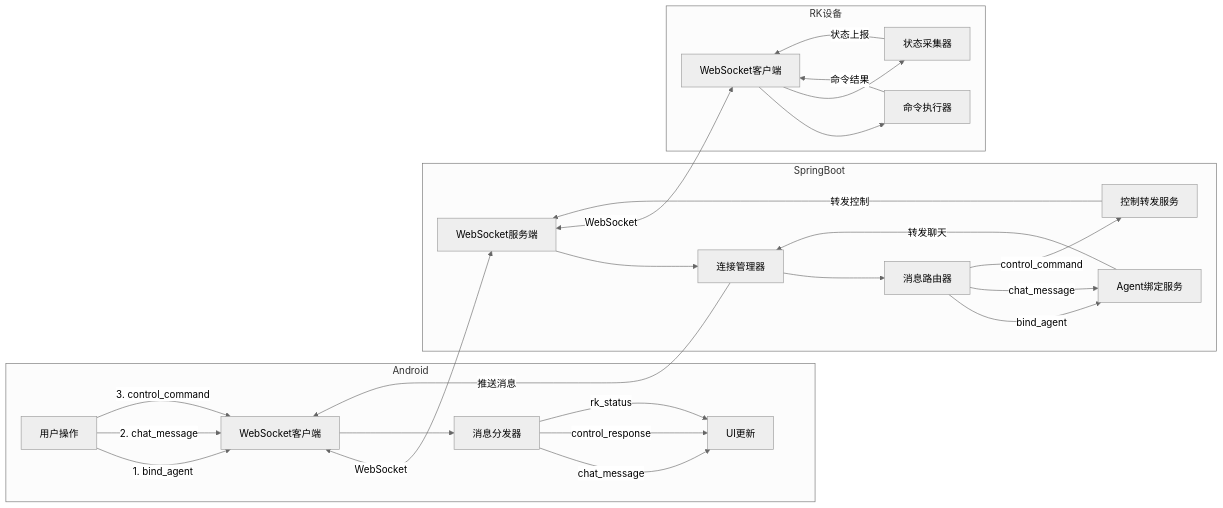
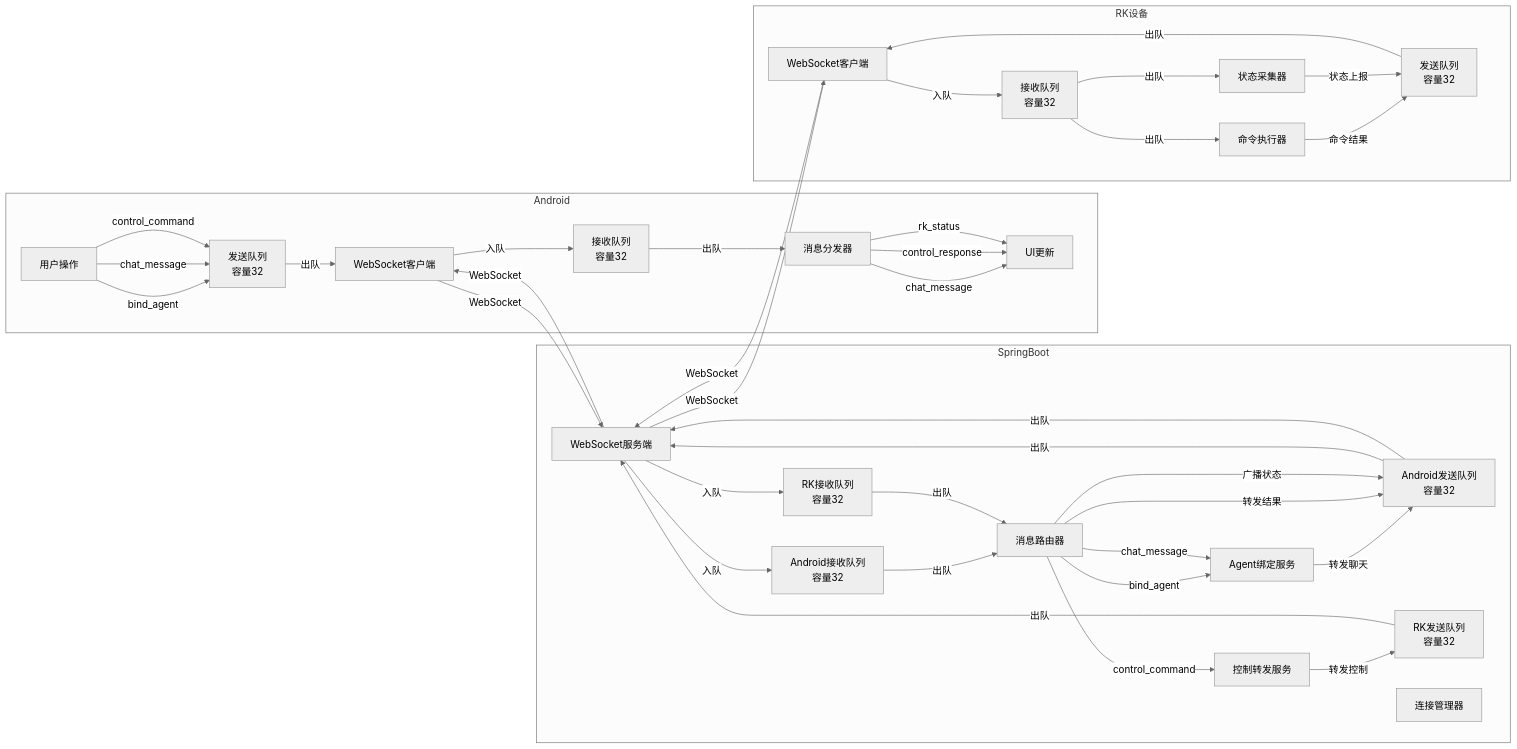
One commit to nangong918/magic-vector changed the sixth of 6 diagrams in cursor/WS重构.md. Above: the diagram before and after it, drawn with Mermaid (neutral theme). The commit also changed other lines of this file, not shown here.

````diff
--- a/cursor/WS重构.md
+++ b/cursor/WS重构.md
@@ -142,53 +173,76 @@
 ```mermaid
 graph LR
     subgraph Android
         A1[用户操作]
-        A2[WebSocket客户端]
-        A3[消息分发器]
-        A4[UI更新]
+        A2[发送队列<br/>容量32]
+        A3[WebSocket客户端]
+        A4[接收队列<br/>容量32]
+        A5[消息分发器]
+        A6[UI更新]
     end
 
     subgraph SpringBoot
         B1[WebSocket服务端]
-        B2[连接管理器]
+        B2[Android接收队列<br/>容量32]
         B3[消息路由器]
-        B4[Agent绑定服务]
-        B5[控制转发服务]
+        B4[Android发送队列<br/>容量32]
+        B5[RK接收队列<br/>容量32]
+        B6[RK发送队列<br/>容量32]
+        B7[连接管理器]
+        B8[Agent绑定服务]
+        B9[控制转发服务]
     end
 
     subgraph RK设备
-        C1[WebSocket客户端]
-        C2[命令执行器]
-        C3[状态采集器]
+        C1[发送队列<br/>容量32]
+        C2[WebSocket客户端]
+        C3[接收队列<br/>容量32]
+        C4[命令执行器]
+        C5[状态采集器]
     end
 
-    A1 -->|1. bind_agent| A2
-    A1 -->|2. chat_message| A2
-    A1 -->|3. control_command| A2
+    A1 -->|bind_agent| A2
+    A1 -->|chat_message| A2
+    A1 -->|control_command| A2
 
-    A2 <-->|WebSocket| B1
+    A2 -->|出队| A3
+    A3 -->|WebSocket| B1
 
-    B1 --> B2
-    B2 --> B3
+    B1 -->|入队| B2
+    B2 -->|出队| B3
 
-    B3 -->|bind_agent| B4
-    B3 -->|chat_message| B4
-    B3 -->|control_command| B5
+    B3 -->|bind_agent| B8
+    B3 -->|chat_message| B8
+    B3 -->|control_command| B9
 
-    B4 -->|转发聊天| B2
-    B5 -->|转发控制| B1
+    B8 -->|转发聊天| B4
+    B9 -->|转发控制| B6
 
-    B1 <-->|WebSocket| C1
+    B4 -->|出队| B1
+    B6 -->|出队| B1
 
-    C1 --> C2
-    C1 --> C3
+    B1 -->|WebSocket| C2
+    C2 -->|入队| C3
+    C3 -->|出队| C4
+    C3 -->|出队| C5
 
-    C2 -->|命令结果| C1
-    C3 -->|状态上报| C1
+    C4 -->|命令结果| C1
+    C5 -->|状态上报| C1
 
-    B2 -->|推送消息| A2
-    A2 --> A3
-    A3 -->|chat_message| A4
-    A3 -->|control_response| A4
-    A3 -->|rk_status| A4
+    C1 -->|出队| C2
+    C2 -->|WebSocket| B1
+
+    B1 -->|入队| B5
+    B5 -->|出队| B3
+    B3 -->|转发结果| B4
+    B3 -->|广播状态| B4
+
+    B4 -->|出队| B1
+    B1 -->|WebSocket| A3
+
+    A3 -->|入队| A4
+    A4 -->|出队| A5
+    A5 -->|chat_message| A6
+    A5 -->|control_response| A6
+    A5 -->|rk_status| A6
 ```
````
